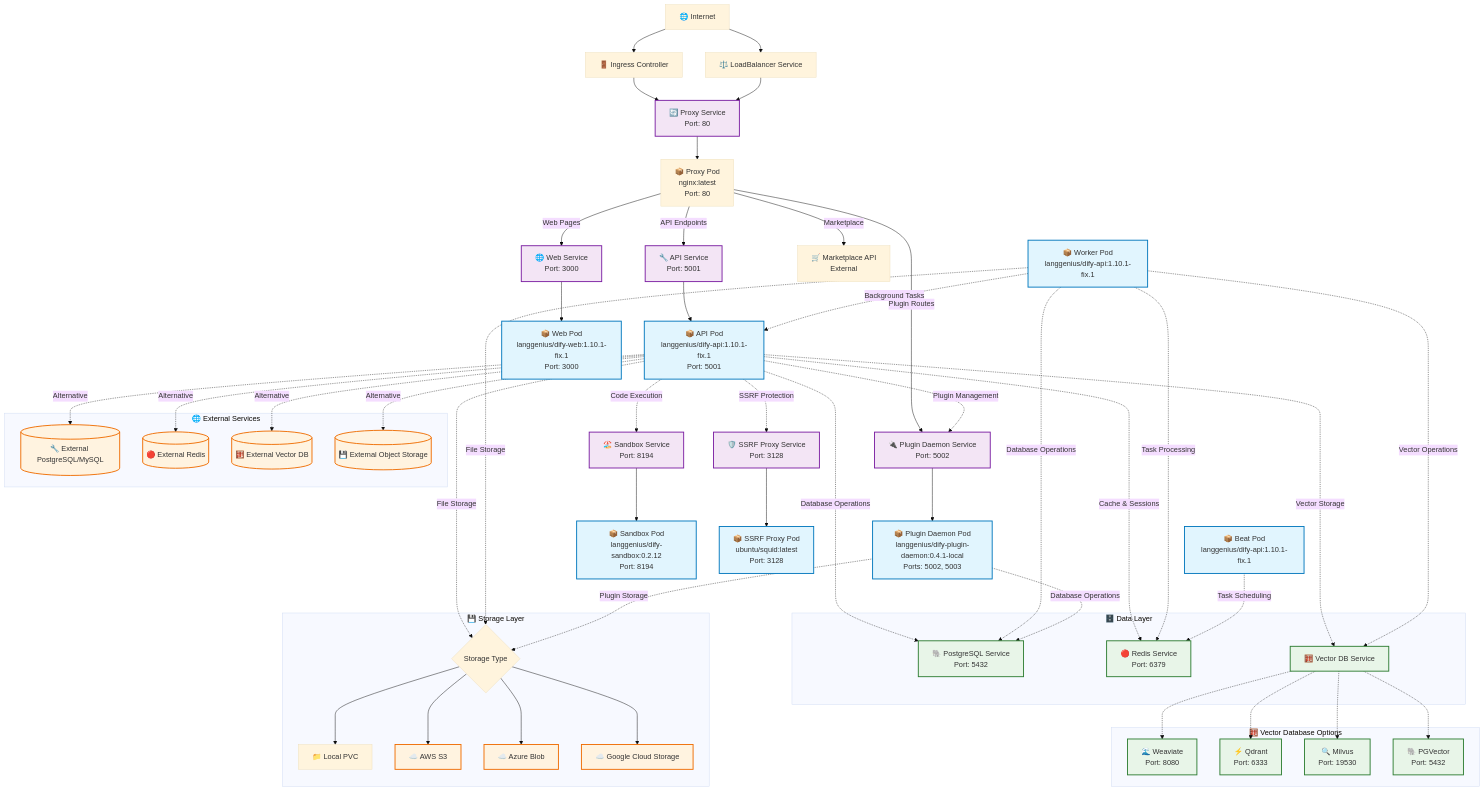
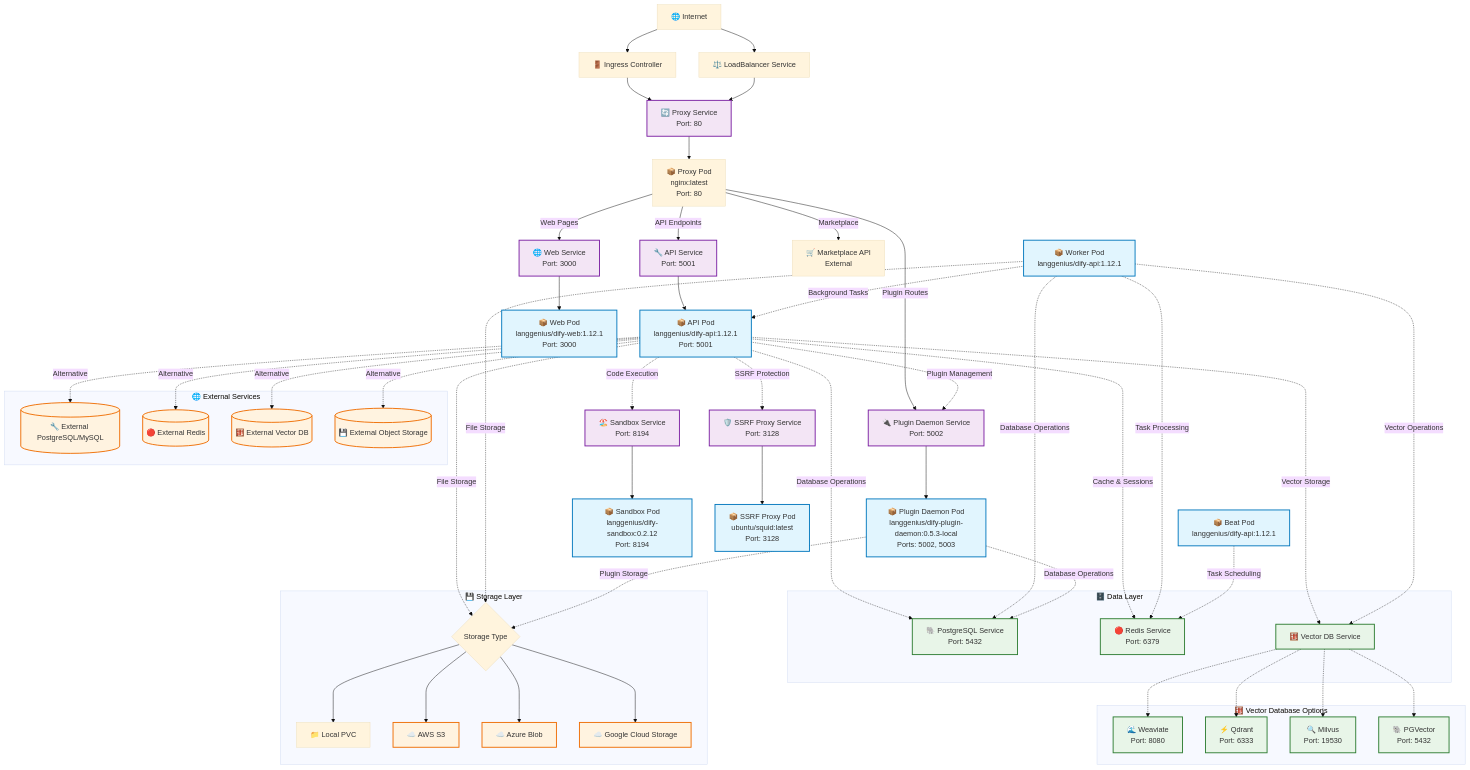
The diagram in README.md (BorisPolonsky/dify-helm), drawn with Mermaid (base theme) before and after one commit. The commit also changed other lines of this file and 8 other files, not shown here.

```diff
--- a/README.md
+++ b/README.md
@@ -43,15 +43,15 @@
     ProxyPod -->|Marketplace| MarketplaceAPI[🛒 Marketplace API<br/>External]
 
     %% Backend Pods
-    APIService --> APIPod[📦 API Pod<br/>langgenius/dify-api:1.10.1-fix.1<br/>Port: 5001]
-    WebService --> WebPod[📦 Web Pod<br/>langgenius/dify-web:1.10.1-fix.1<br/>Port: 3000]
-    PluginService --> PluginPod[📦 Plugin Daemon Pod<br/>langgenius/dify-plugin-daemon:0.4.1-local<br/>Ports: 5002, 5003]
+    APIService --> APIPod[📦 API Pod<br/>langgenius/dify-api:1.12.1<br/>Port: 5001]
+    WebService --> WebPod[📦 Web Pod<br/>langgenius/dify-web:1.12.1<br/>Port: 3000]
+    PluginService --> PluginPod[📦 Plugin Daemon Pod<br/>langgenius/dify-plugin-daemon:0.5.3-local<br/>Ports: 5002, 5003]
 
     %% Worker Pod (Background Processing)
-    WorkerPod[📦 Worker Pod<br/>langgenius/dify-api:1.10.1-fix.1]
+    WorkerPod[📦 Worker Pod<br/>langgenius/dify-api:1.12.1]
 
     %% Beat Pod (Periodic task scheduler)
-    BeatPod[📦 Beat Pod<br/>langgenius/dify-api:1.10.1-fix.1]
+    BeatPod[📦 Beat Pod<br/>langgenius/dify-api:1.12.1]
 
     %% Sandbox Service
     SandboxService[🏖️ Sandbox Service<br/>Port: 8194] --> SandboxPod[📦 Sandbox Pod<br/>langgenius/dify-sandbox:0.2.12<br/>Port: 8194]
```
